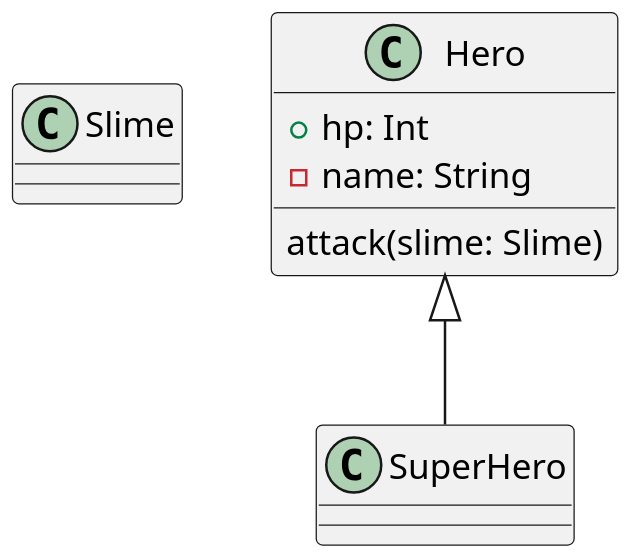
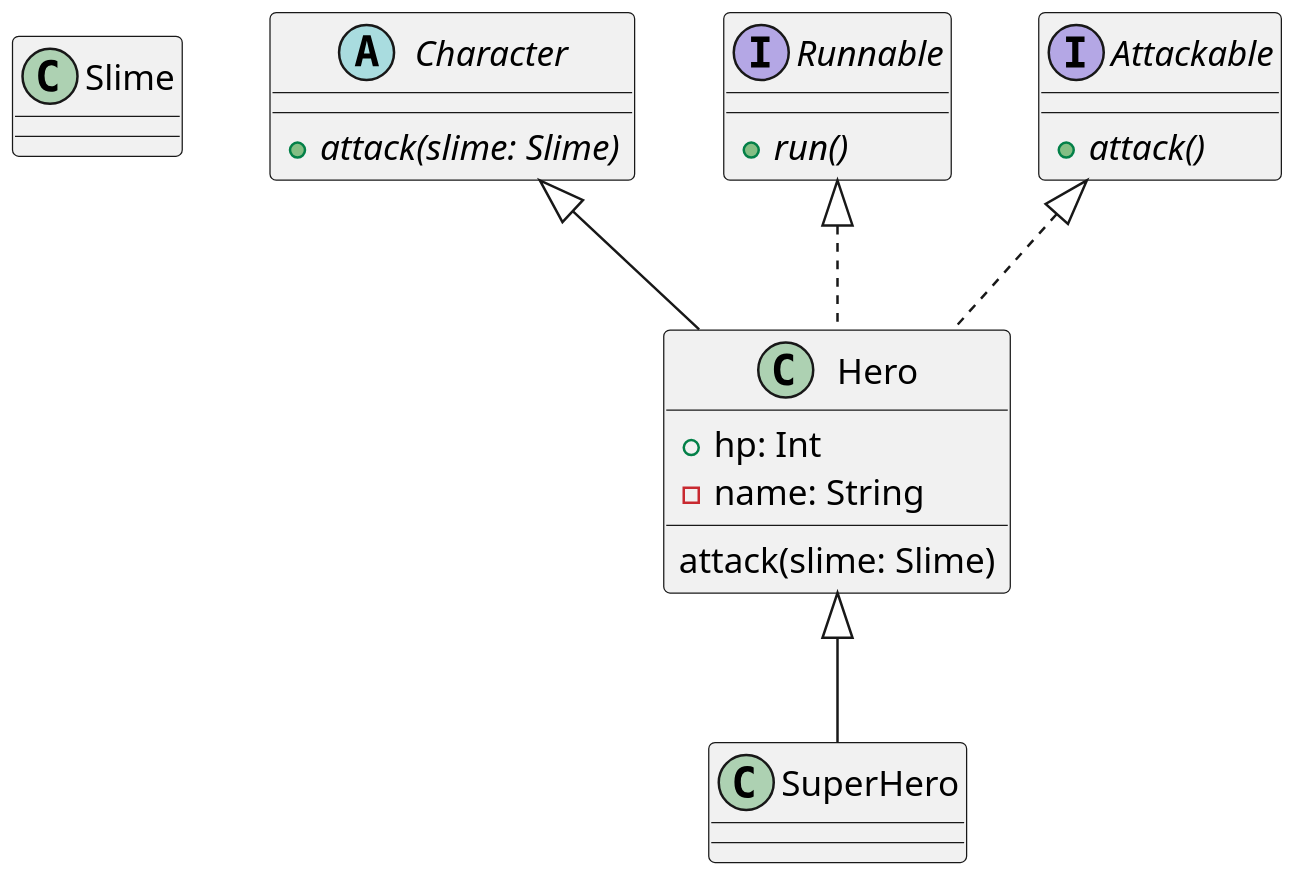
Before and after one commit to SurvivalCodingCampus/winter_kotlin_lecture: the diagram in src/main/kotlin/day06/Game.puml, drawn with PlantUML. The commit also changed 2 other files, not shown here.

```diff
--- a/src/main/kotlin/day06/Game.puml
+++ b/src/main/kotlin/day06/Game.puml
@@ -1,17 +1,29 @@
 @startuml
 'https://plantuml.com/class-diagram
 
 scale 2
 
 class Slime
 
-class Hero {
+class Hero extends Character implements Runnable, Attackable {
     + hp: Int
     - name: String
 
     attack(slime: Slime)
 }
 
 class SuperHero extends Hero
 
+abstract class Character {
+    {abstract} +attack(slime: Slime)
+}
+
+interface Attackable {
+    {abstract} +attack()
+}
+
+interface Runnable {
+    {abstract} +run()
+}
+
 @enduml
```
